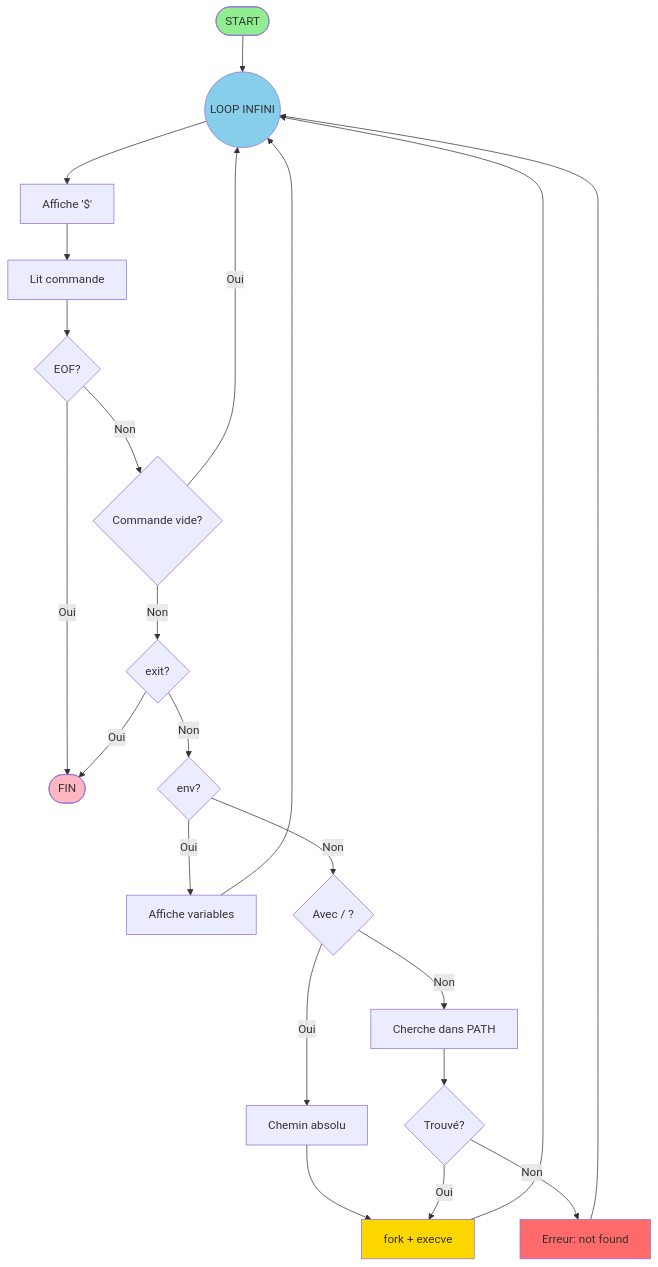
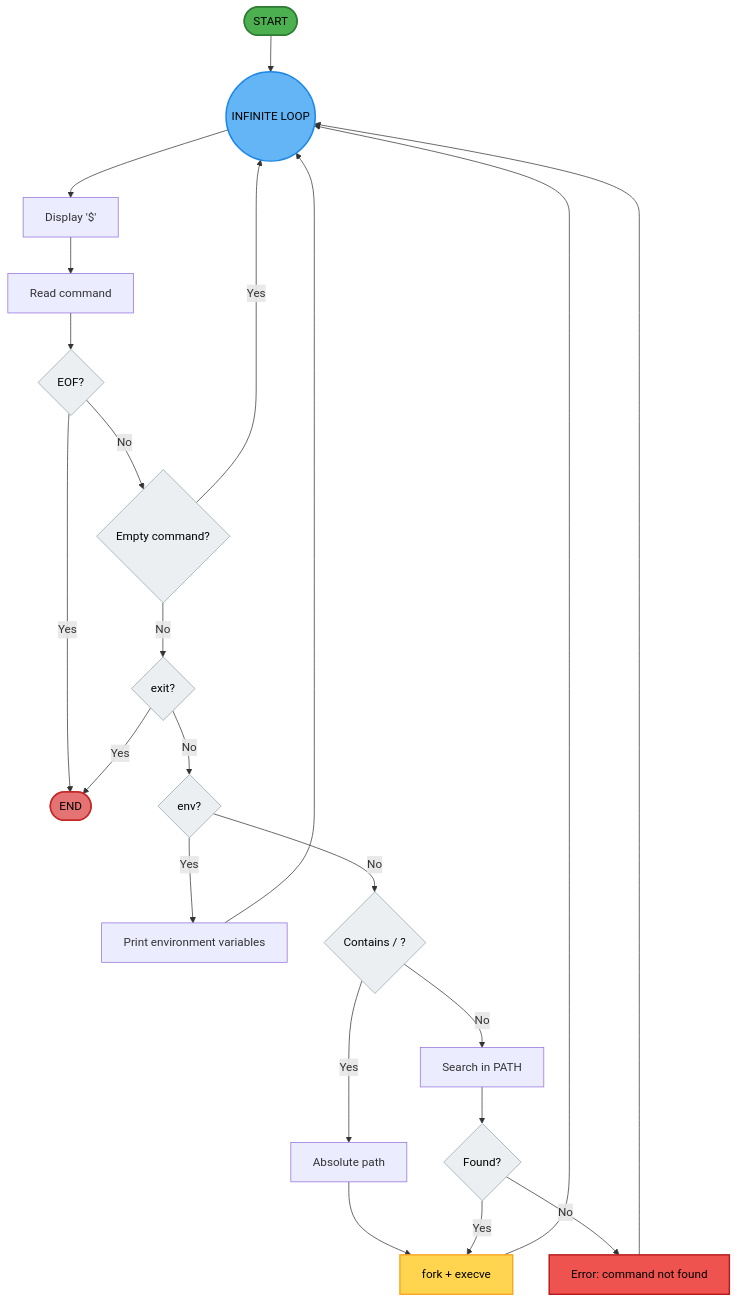
Before and after one commit to FlorianRoosebeke/holbertonschool-simple_shell: the diagram in README.md, drawn with Mermaid. The commit also changed other lines of this file, not shown here.

Commit message:
Revise flowchart in README.md for better readability
Updated flowchart labels and styles for clarity.

````diff
--- a/README.md
+++ b/README.md
@@ -86,40 +86,48 @@
 ```mermaid
 flowchart TD
-    Start([START]) --> Loop((LOOP INFINI))
+    Start([START]) --> Loop((INFINITE LOOP))
 
-    Loop --> Prompt[Affiche '$']
-    Prompt --> Read[Lit commande]
+    Loop --> Prompt[Display '$']
+    Prompt --> Read[Read command]
     Read --> EOF{EOF?}
 
-    EOF -->|Oui| End([FIN])
-    EOF -->|Non| Check{Commande vide?}
+    EOF -->|Yes| End([END])
+    EOF -->|No| Check{Empty command?}
 
-    Check -->|Oui| Loop
-    Check -->|Non| Exit{exit?}
+    Check -->|Yes| Loop
+    Check -->|No| Exit{exit?}
 
-    Exit -->|Oui| End
-    Exit -->|Non| Env{env?}
+    Exit -->|Yes| End
+    Exit -->|No| Env{env?}
 
-    Env -->|Oui| Print[Affiche variables]
+    Env -->|Yes| Print[Print environment variables]
     Print --> Loop
 
-    Env -->|Non| Path{Avec / ?}
+    Env -->|No| Path{Contains / ?}
 
-    Path -->|Oui| Abs[Chemin absolu]
-    Path -->|Non| Search[Cherche dans PATH]
+    Path -->|Yes| Abs[Absolute path]
+    Path -->|No| Search[Search in PATH]
 
     Abs --> Exec[fork + execve]
-    Search --> Found{Trouvé?}
+    Search --> Found{Found?}
 
-    Found -->|Oui| Exec
-    Found -->|Non| Error[Erreur: not found]
+    Found -->|Yes| Exec
+    Found -->|No| Error[Error: command not found]
 
     Exec --> Loop
     Error --> Loop
 
-    style Start fill:#90EE90
-    style End fill:#FFB6C1
-    style Loop fill:#87CEEB
-    style Exec fill:#FFD700
-    style Error fill:#FF6B6B
+    %% Styles (high contrast & readable)
+    style Start fill:#4CAF50,color:#000,stroke:#2E7D32,stroke-width:2px
+    style End fill:#E57373,color:#000,stroke:#C62828,stroke-width:2px
+    style Loop fill:#64B5F6,color:#000,stroke:#1E88E5,stroke-width:2px
+    style Exec fill:#FFD54F,color:#000,stroke:#F9A825,stroke-width:2px
+    style Error fill:#EF5350,color:#000,stroke:#B71C1C,stroke-width:2px
+
+    style EOF fill:#ECEFF1,color:#000,stroke:#90A4AE
+    style Check fill:#ECEFF1,color:#000,stroke:#90A4AE
+    style Exit fill:#ECEFF1,color:#000,stroke:#90A4AE
+    style Env fill:#ECEFF1,color:#000,stroke:#90A4AE
+    style Path fill:#ECEFF1,color:#000,stroke:#90A4AE
+    style Found fill:#ECEFF1,color:#000,stroke:#90A4AE
 ```
````
